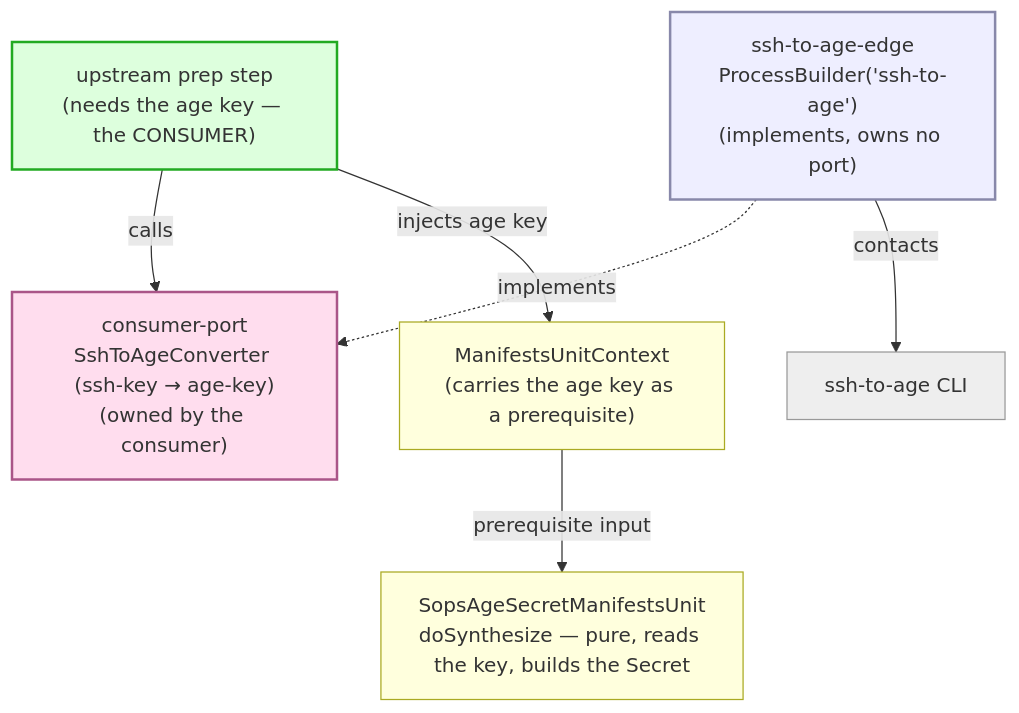
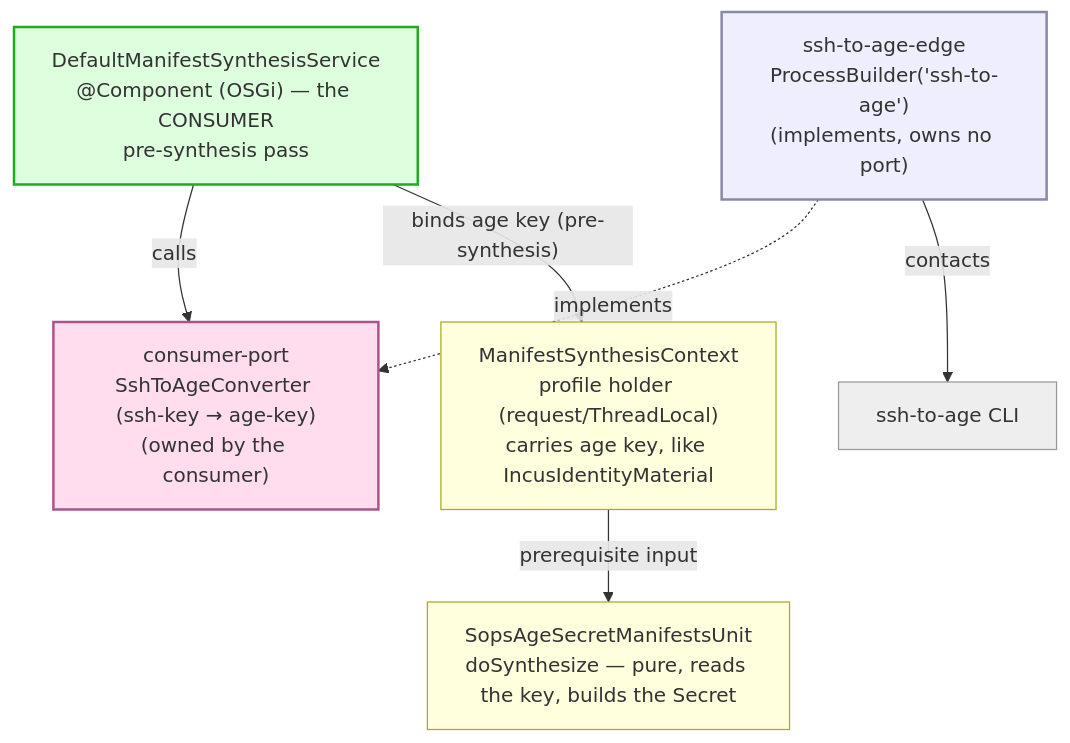
The fifth of 5 diagrams in docs/architecture/patterns/port-edge-domain-ownership.adoc (nxmatic/rke2lab), drawn with Mermaid before and after one commit. The commit also changed other lines of this file, not shown here.

Commit message:
docs(patterns): fix example B — consumer is the @Component, channel is ManifestSynthesisContext
Two factual corrections caught by the ssh-to-age work session, verified on the
code:
- the consumer is DefaultManifestSynthesisService (the @Component, OSGi world,
  our lock) running a pre-synthesis pass — not a host 'upstream orchestration
  step'. Aligns example B with the 'world derived from the consumer' section.
- the prerequisite age key rides ManifestSynthesisContext (the request/
  ThreadLocal profile holder that already carries IncusIdentityMaterial /
  BootstrapIdentity), NOT ManifestsUnitContext (the per-unit chart/domainId/
  resolver record, which carries no profile).

```diff
--- a/docs/architecture/patterns/port-edge-domain-ownership.adoc
+++ b/docs/architecture/patterns/port-edge-domain-ownership.adoc
@@ -268,25 +272,25 @@
 [mermaid]
 ....
 flowchart TB
-  upstream["upstream prep step<br/>(needs the age key — the CONSUMER)"]
+  svc["DefaultManifestSynthesisService<br/>@Component (OSGi) — the CONSUMER<br/>pre-synthesis pass"]
   cport["consumer-port<br/>SshToAgeConverter (ssh-key → age-key)<br/>(owned by the consumer)"]
   sedge["ssh-to-age-edge<br/>ProcessBuilder('ssh-to-age')<br/>(implements, owns no port)"]
   tool["ssh-to-age CLI"]
-  ctx["ManifestsUnitContext<br/>(carries the age key as a prerequisite)"]
+  ctx["ManifestSynthesisContext<br/>profile holder (request/ThreadLocal)<br/>carries age key, like IncusIdentityMaterial"]
   unit["SopsAgeSecretManifestsUnit<br/>doSynthesize — pure, reads the key, builds the Secret"]
-  upstream -->|"calls"| cport
+  svc -->|"calls"| cport
   sedge -.->|"implements"| cport
   sedge -->|"contacts"| tool
-  upstream -->|"injects age key"| ctx
+  svc -->|"binds age key (pre-synthesis)"| ctx
   ctx -->|"prerequisite input"| unit
   classDef d fill:#dfd,stroke:#2a2,stroke-width:2px;
   classDef p fill:#fde,stroke:#a58,stroke-width:2px;
   classDef e fill:#eef,stroke:#88a,stroke-width:2px;
   classDef w fill:#eee,stroke:#999,stroke-width:1px;
   classDef x fill:#ffd,stroke:#aa2,stroke-width:1px;
-  class upstream d;
+  class svc d;
   class cport p;
   class sedge e;
   class tool w;
   class ctx,unit x;
 ....
```
